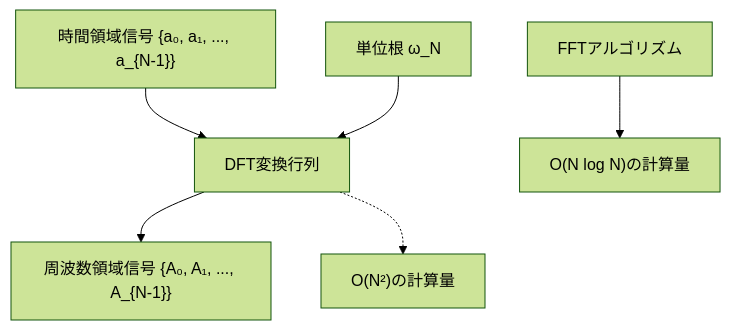
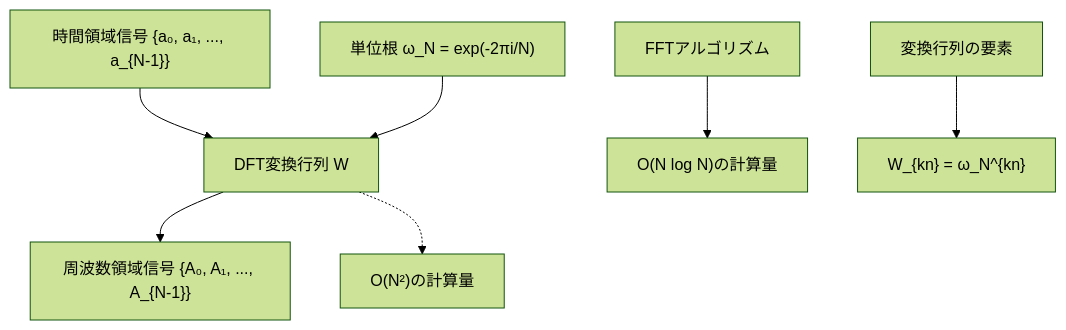
The first of 3 diagrams in articles/competitive_programming/fast_fourier_transform.md (gtnao/viblog), drawn with Mermaid (forest theme) before and after one commit. The commit also changed other lines of this file and 4 other files, not shown here.

````diff
--- a/articles/competitive_programming/fast_fourier_transform.md
+++ b/articles/competitive_programming/fast_fourier_transform.md
@@ -17,14 +34,16 @@
 ```mermaid
 graph TD
     A["時間領域信号 {a₀, a₁, ..., a_{N-1}}"]
-    B["DFT変換行列"]
+    B["DFT変換行列 W"]
     C["周波数領域信号 {A₀, A₁, ..., A_{N-1}}"]
-    D["単位根 ω_N"]
+    D["単位根 ω_N = exp(-2πi/N)"]
     
     A --> B
     B --> C
     D --> B
     
     B -.-> E["O(N²)の計算量"]
     F["FFTアルゴリズム"] --> G["O(N log N)の計算量"]
+    
+    H["変換行列の要素"] --> I["W_{kn} = ω_N^{kn}"]
 ```
````
